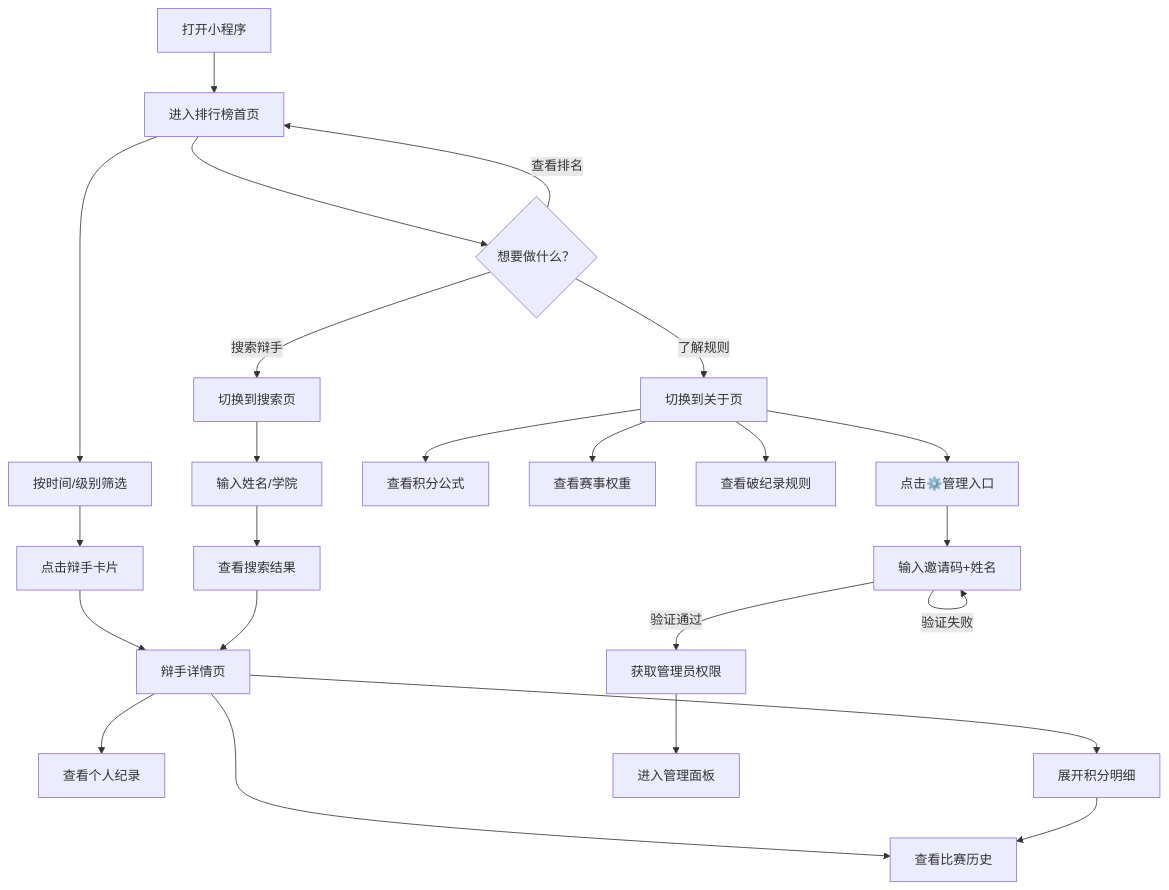
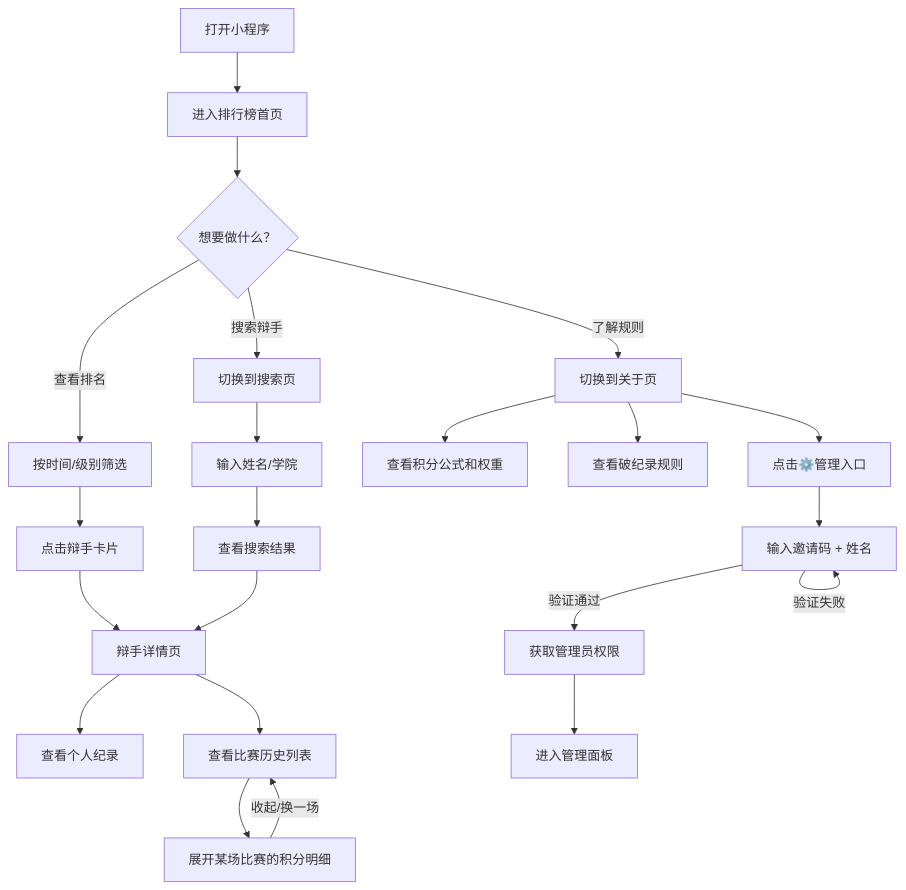
One commit to 2990731862-byte/donghua_debate changed the first of 8 diagrams in docs/design/prototype-and-flow.md. Above: the diagram before and after it, drawn with Mermaid.

Commit message:
docs: 优化辩手动线流程图，修复箭头过远问题

````diff
--- a/docs/design/prototype-and-flow.md
+++ b/docs/design/prototype-and-flow.md
@@ -605,30 +605,27 @@
 ```mermaid
 flowchart TD
     A[打开小程序] --> B[进入排行榜首页]
     B --> C{想要做什么？}
 
-    C -->|查看排名| B
-    B --> B1[按时间/级别筛选]
+    C -->|查看排名| B1[按时间/级别筛选]
     B1 --> B2[点击辩手卡片]
     B2 --> D[辩手详情页]
     D --> D1[查看个人纪录]
-    D --> D2[查看比赛历史]
-    D --> D3[展开积分明细]
-    D3 --> D2
+    D --> D2[查看比赛历史列表]
+    D2 --> D3[展开某场比赛的积分明细]
+    D3 -->|收起/换一场| D2
 
     C -->|搜索辩手| E[切换到搜索页]
     E --> E1[输入姓名/学院]
     E1 --> E2[查看搜索结果]
     E2 --> D
 
     C -->|了解规则| F[切换到关于页]
-    F --> F1[查看积分公式]
-    F --> F2[查看赛事权重]
-    F --> F3[查看破纪录规则]
-    F --> F4[点击⚙️管理入口]
-    F4 --> G[输入邀请码+姓名]
+    F --> F1[查看积分公式和权重]
+    F --> F2[查看破纪录规则]
+    F --> F3[点击⚙️管理入口]
+    F3 --> G[输入邀请码 + 姓名]
     G -->|验证通过| H[获取管理员权限]
     G -->|验证失败| G
-
     H --> I[进入管理面板]
 ```
````
